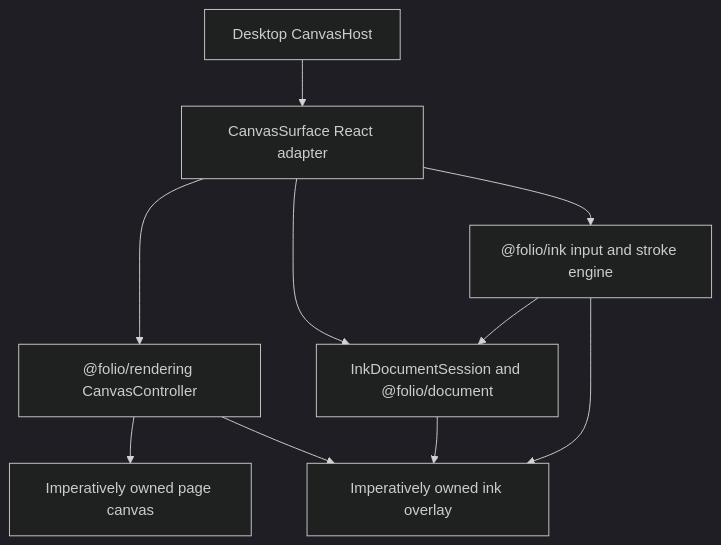
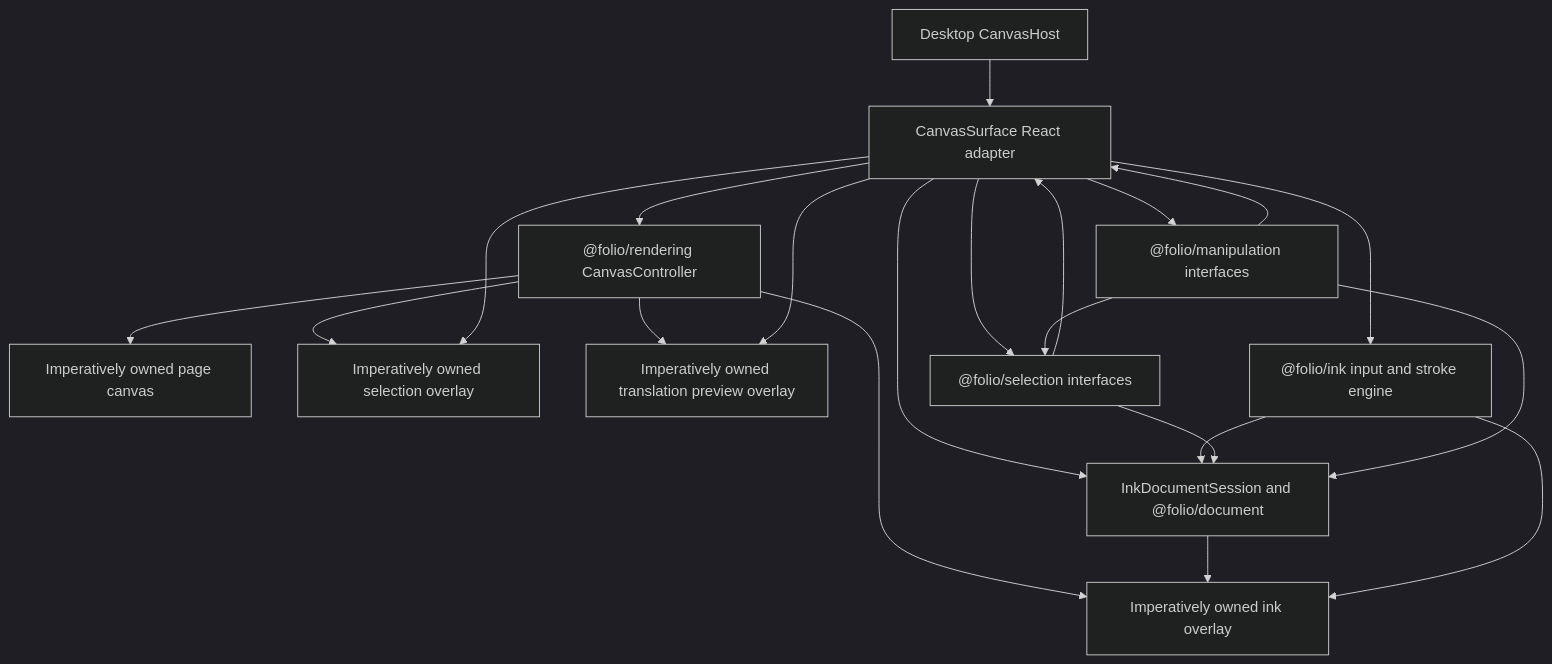
The diagram in packages/editor/README.md (ritikpandey1981/digital-notes), drawn with Mermaid (dark theme) before and after one commit. The commit also changed other lines of this file and 84 other files, not shown here.

````diff
--- a/packages/editor/README.md
+++ b/packages/editor/README.md
@@ -7,12 +15,23 @@
 ```mermaid
 flowchart TD
     CanvasHost["Desktop CanvasHost"] --> CanvasSurface["CanvasSurface React adapter"]
     CanvasSurface --> Controller["@folio/rendering CanvasController"]
     Controller --> Page["Imperatively owned page canvas"]
     Controller --> InkCanvas["Imperatively owned ink overlay"]
+    Controller --> SelectionCanvas["Imperatively owned selection overlay"]
+    Controller --> PreviewCanvas["Imperatively owned translation preview overlay"]
     CanvasSurface --> Ink["@folio/ink input and stroke engine"]
     CanvasSurface --> Document["InkDocumentSession and @folio/document"]
+    CanvasSurface --> Selection["@folio/selection interfaces"]
+    CanvasSurface --> Manipulation["@folio/manipulation interfaces"]
     Ink --> Document
     Document --> InkCanvas
     Ink --> InkCanvas
+    Selection --> Document
+    Selection --> CanvasSurface
+    CanvasSurface --> SelectionCanvas
+    Manipulation --> Selection
+    Manipulation --> Document
+    Manipulation --> CanvasSurface
+    CanvasSurface --> PreviewCanvas
 ```
````
